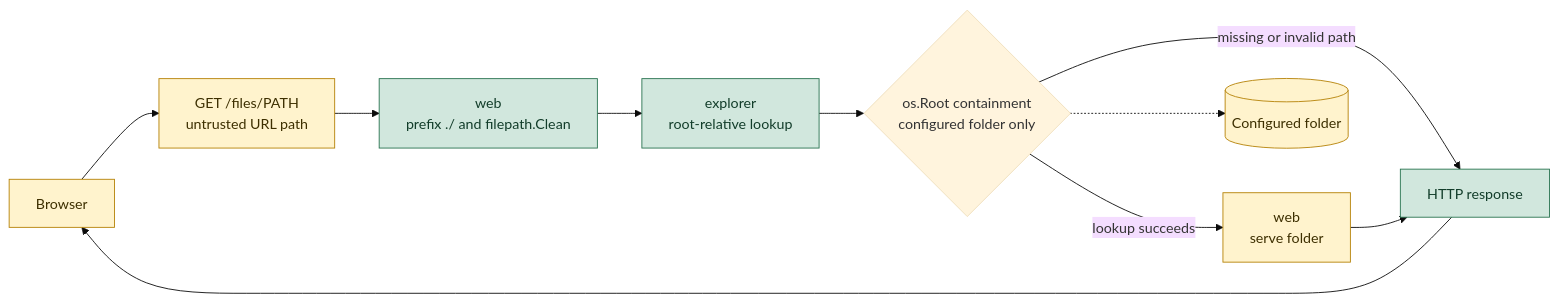
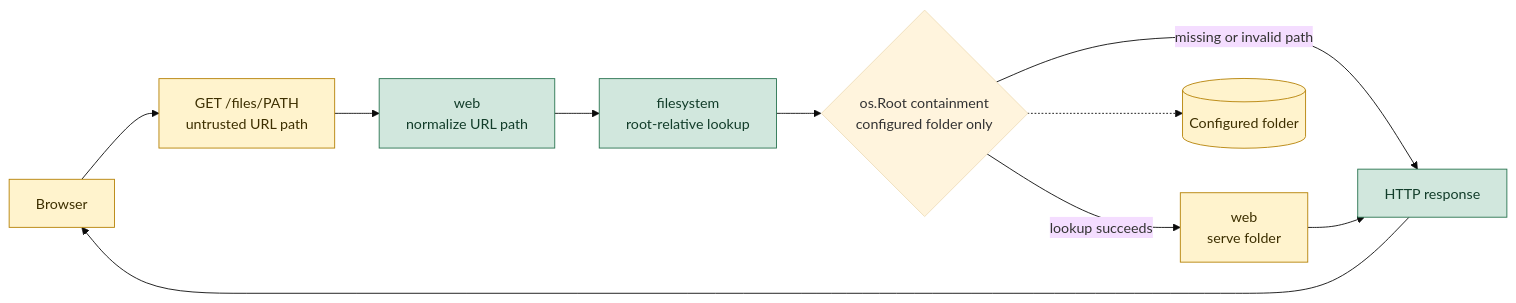
One commit to mszalbach/lsgo changed the third of 4 diagrams in docs/architecture.md. Above: the diagram before and after it, drawn with Mermaid (base theme).

Commit message:
docs: corrected runtime view to match code

````diff
--- a/docs/architecture.md
+++ b/docs/architecture.md
@@ -51,26 +51,26 @@
 ```mermaid
 flowchart LR
     browser[Browser]
     request[GET /files/PATH<br/>untrusted URL path]
-    normalize[web<br/>prefix ./ and filepath.Clean]
-    api[explorer<br/>root-relative lookup]
+    normalize[web<br/>normalize URL path]
+    api[filesystem<br/>root-relative lookup]
     boundary{os.Root containment<br/>configured folder only}
     folder[web<br/>serve folder]
     response[HTTP response]
     filesystem[(Configured folder)]
 
     browser --> request
     request --> normalize
     normalize --> api
     api --> boundary
     boundary -->|lookup succeeds| folder
     boundary -->|missing or invalid path| response
     boundary -.-> filesystem
     folder --> response
     response --> browser
 
     classDef untrusted fill:#fff3cd,stroke:#b58105,color:#3d2f00
     classDef trusted fill:#d1e7dd,stroke:#28734f,color:#123d2a
     class request,folder,filesystem,browser untrusted
     class normalize,api,response trusted
 ```
````
